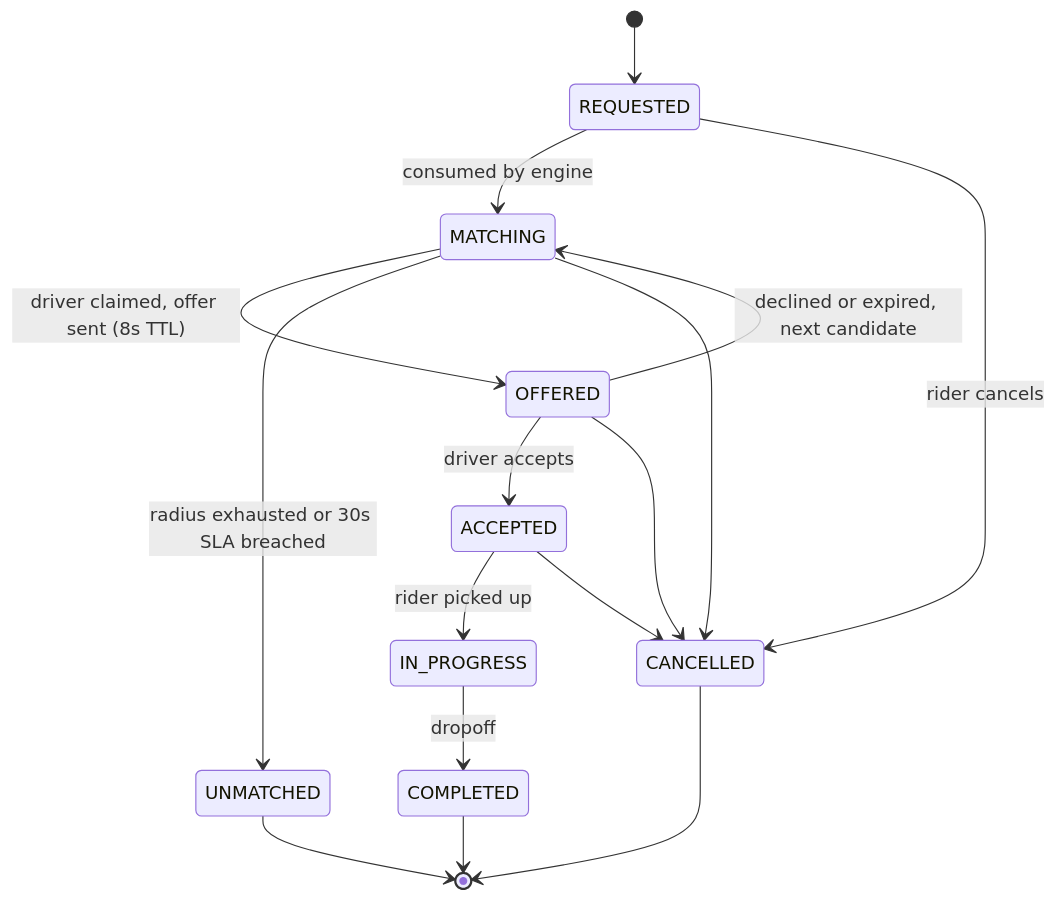
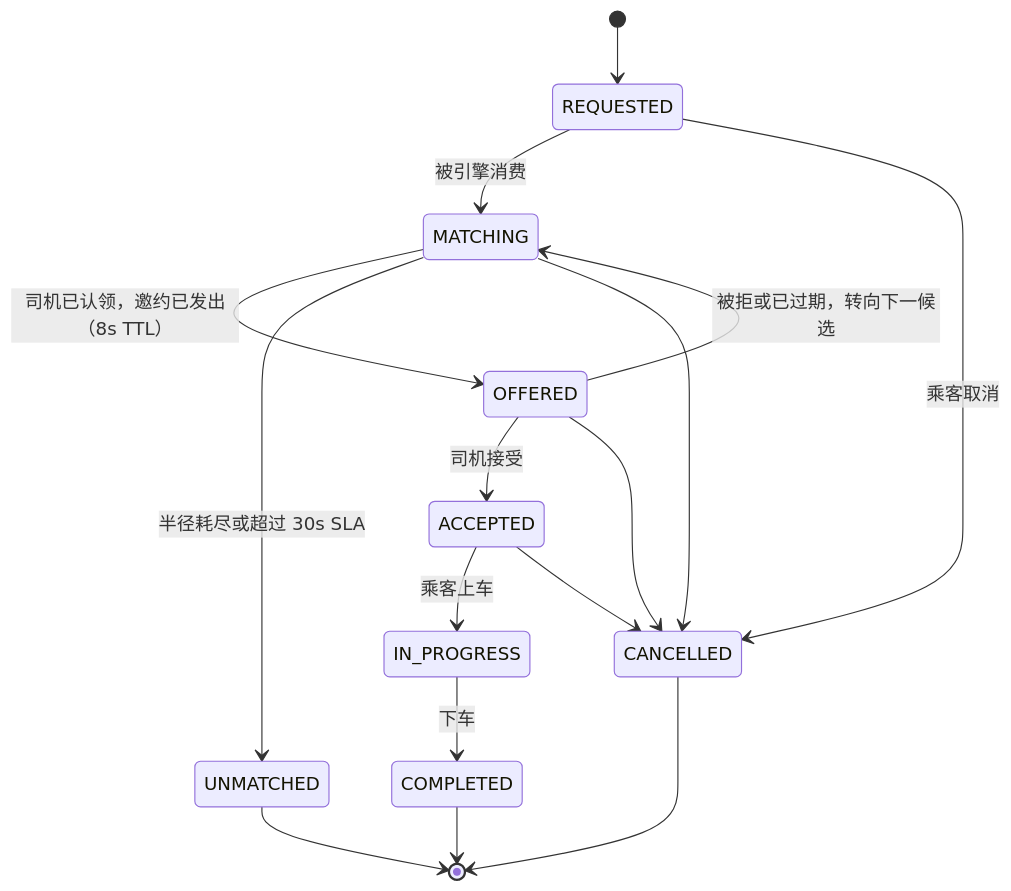
The fourth of 4 diagrams in README.md (cd-water/dispatch-engine), drawn with Mermaid before and after one commit. The commit also changed other lines of this file and 146 other files, not shown here.

````diff
--- a/README.md
+++ b/README.md
@@ -229,18 +218,18 @@
 ```mermaid
 stateDiagram-v2
     [*] --> REQUESTED
-    REQUESTED --> MATCHING: consumed by engine
-    MATCHING --> OFFERED: driver claimed, offer sent (8s TTL)
-    OFFERED --> MATCHING: declined or expired, next candidate
-    MATCHING --> UNMATCHED: radius exhausted or 30s SLA breached
-    OFFERED --> ACCEPTED: driver accepts
-    ACCEPTED --> IN_PROGRESS: rider picked up
-    IN_PROGRESS --> COMPLETED: dropoff
-    REQUESTED --> CANCELLED: rider cancels
+    REQUESTED --> MATCHING: 被引擎消费
+    MATCHING --> OFFERED: 司机已认领，邀约已发出（8s TTL）
+    OFFERED --> MATCHING: 被拒或已过期，转向下一候选
+    MATCHING --> UNMATCHED: 半径耗尽或超过 30s SLA
+    OFFERED --> ACCEPTED: 司机接受
+    ACCEPTED --> IN_PROGRESS: 乘客上车
+    IN_PROGRESS --> COMPLETED: 下车
+    REQUESTED --> CANCELLED: 乘客取消
     MATCHING --> CANCELLED
     OFFERED --> CANCELLED
     ACCEPTED --> CANCELLED
     COMPLETED --> [*]
     CANCELLED --> [*]
     UNMATCHED --> [*]
 ```
````
